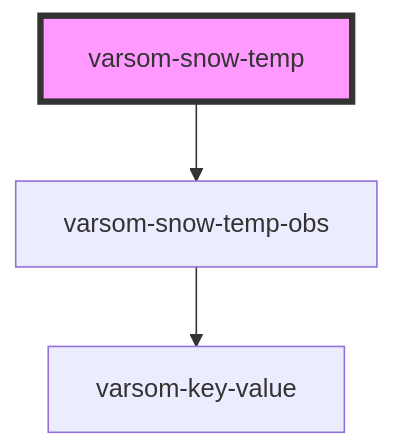
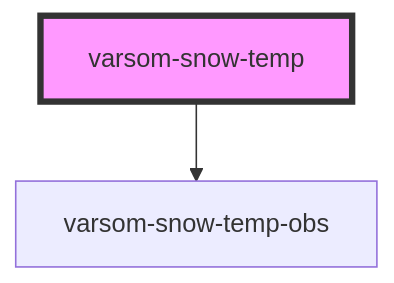
The diagram in src/components/varsom-snow-temp/readme.md (NVE/varsom-observation), drawn with Mermaid before and after one commit. The commit also changed 8 other files, not shown here.

````diff
--- a/src/components/varsom-snow-temp/readme.md
+++ b/src/components/varsom-snow-temp/readme.md
@@ -24,6 +24,5 @@
 ```mermaid
 graph TD;
   varsom-snow-temp --> varsom-snow-temp-obs
-  varsom-snow-temp-obs --> varsom-key-value
   style varsom-snow-temp fill:#f9f,stroke:#333,stroke-width:4px
 ```
````
